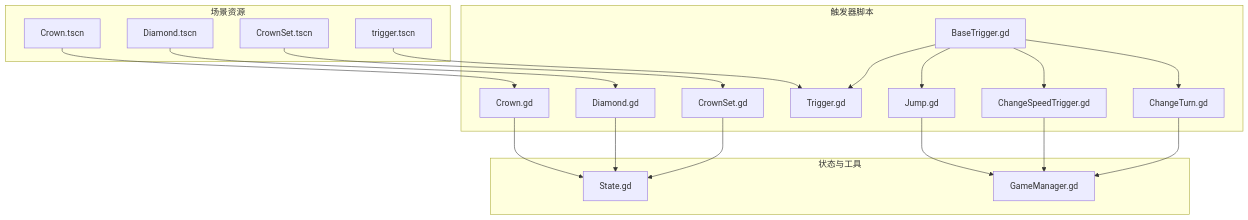
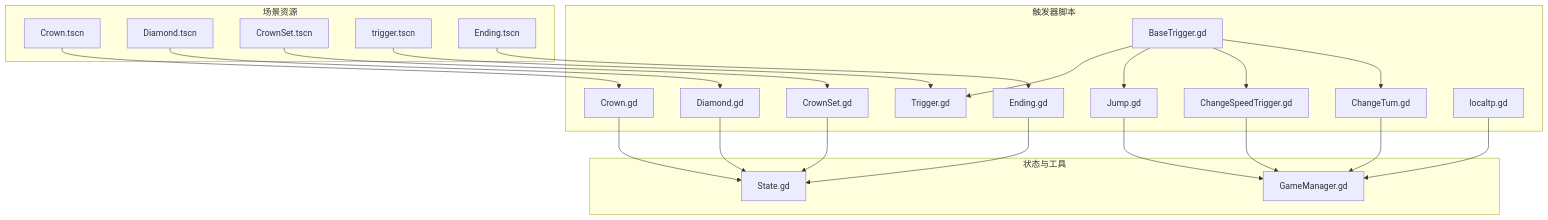
Before and after one commit to godotline/godot-line: the first of 11 diagrams in .qoder/repowiki/zh/content/游戏系统/触发器系统/触发器系统.md, drawn with Mermaid. The commit also changed other lines of this file and 39 other files, not shown here.

````diff
--- a/.qoder/repowiki/zh/content/游戏系统/触发器系统/触发器系统.md
+++ b/.qoder/repowiki/zh/content/游戏系统/触发器系统/触发器系统.md
@@ -54,37 +66,43 @@
 ```mermaid
 graph TB
 subgraph "触发器脚本"
 BT["BaseTrigger.gd"]
 TR["Trigger.gd"]
 JP["Jump.gd"]
 CST["ChangeSpeedTrigger.gd"]
 CT["ChangeTurn.gd"]
 CR["Crown.gd"]
 DM["Diamond.gd"]
 CS["CrownSet.gd"]
+ED["Ending.gd"]
+LT["localtp.gd"]
 end
 subgraph "状态与工具"
 ST["State.gd"]
 GM["GameManager.gd"]
 end
 subgraph "场景资源"
 SCRC["Crown.tscn"]
 SMD["Diamond.tscn"]
 SCS["CrownSet.tscn"]
 STR["trigger.tscn"]
+SED["Ending.tscn"]
 end
 BT --> TR
 BT --> JP
 BT --> CST
 BT --> CT
 CR --> ST
 DM --> ST
 CS --> ST
+ED --> ST
 JP --> GM
 CST --> GM
 CT --> GM
+LT --> GM
 SCRC --> CR
 SMD --> DM
 SCS --> CS
 STR --> TR
+SED --> ED
 ```
````
